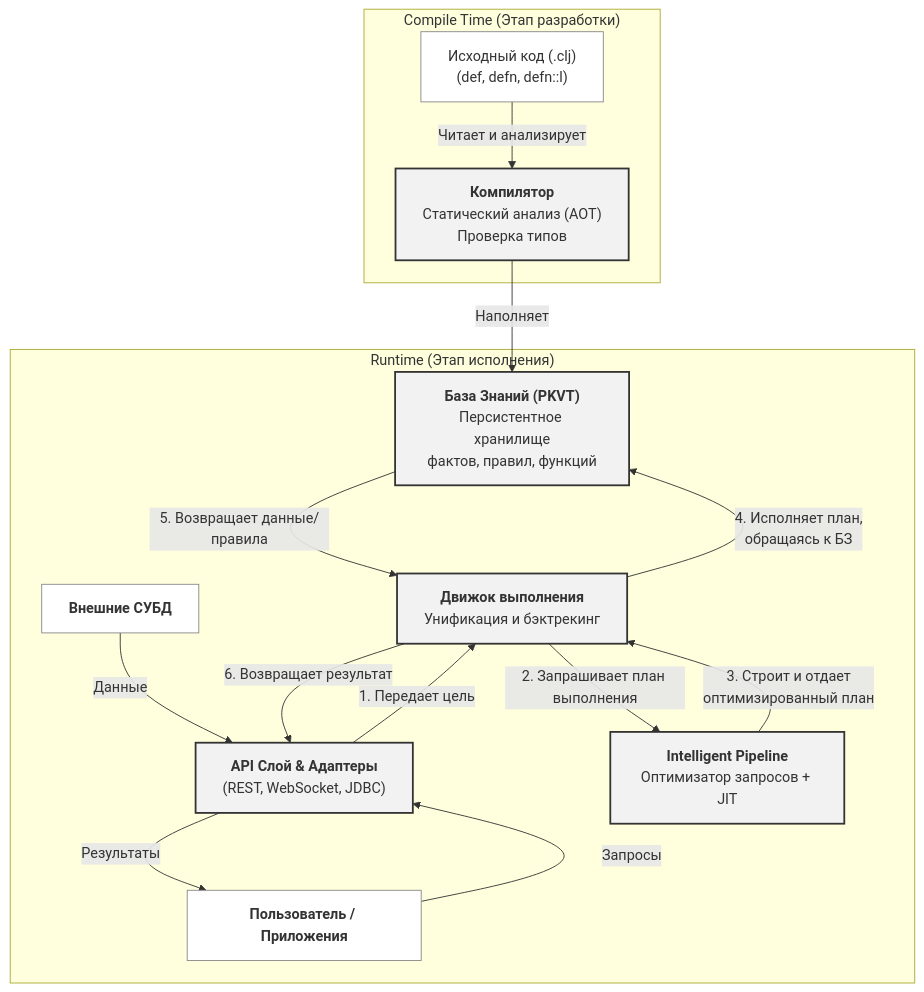
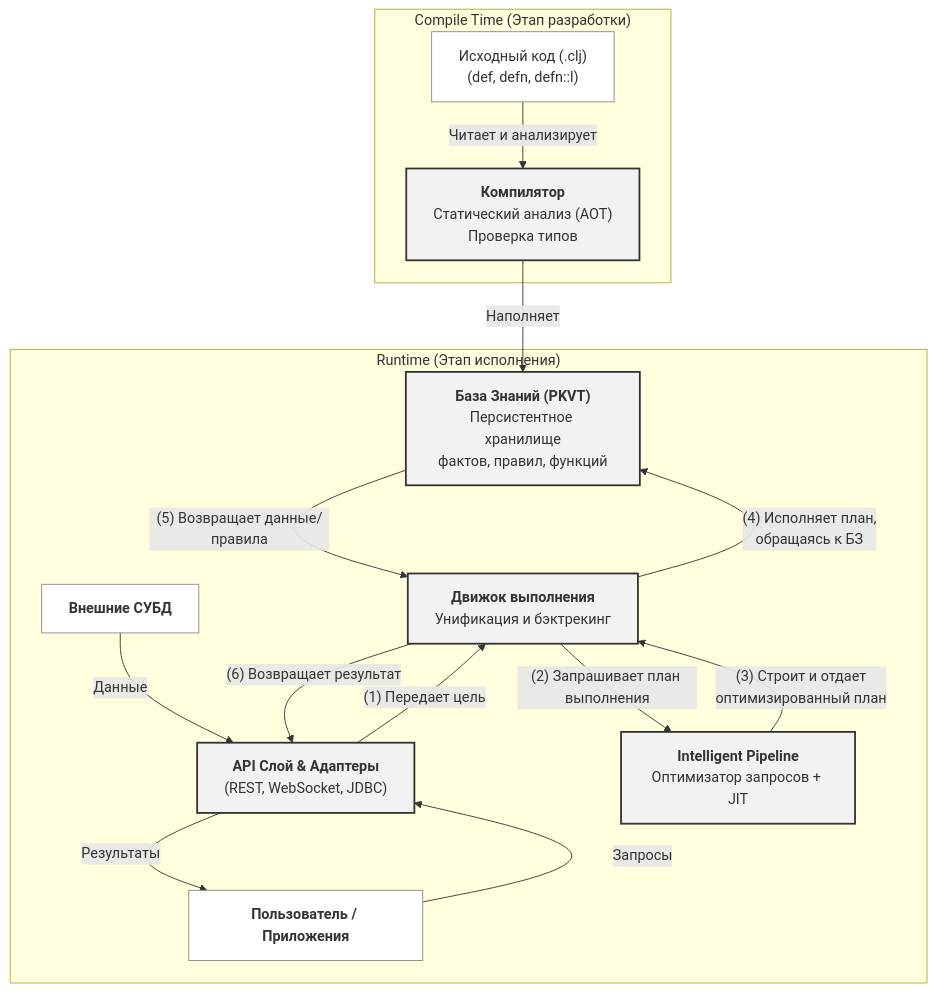
The diagram in docs/general/ru/architecture.md (LMikhail/Tipster), drawn with Mermaid before and after one commit. The commit also changed 1 other file, not shown here.

Commit message:
Fixed diagram in architecture.md file

````diff
--- a/docs/general/ru/architecture.md
+++ b/docs/general/ru/architecture.md
@@ -17,33 +17,33 @@
 ```mermaid
 graph TD;
     subgraph "Compile Time (Этап разработки)"
         A["Исходный код (.clj)<br/>(def, defn, defn::l)"] -- "Читает и анализирует" --> B["<b>Компилятор</b><br/>Статический анализ (AOT)<br/>Проверка типов"];
     end
 
     subgraph "Runtime (Этап исполнения)"
         C["<b>База Знаний (PKVT)</b><br/>Персистентное хранилище<br/>фактов, правил, функций"];
         D["<b>Движок выполнения</b><br/>Унификация и бэктрекинг"];
         E["<b>API Слой & Адаптеры</b><br/>(REST, WebSocket, JDBC)"];
         F["<b>Пользователь / Приложения</b>"];
         G["<b>Внешние СУБД</b>"];
         H["<b>Intelligent Pipeline</b><br/>Оптимизатор запросов + JIT"];
     end
 
     B -- "Наполняет" --> C;
 
     F -- "Запросы" --> E;
     G -- "Данные" --> E;
-    E -- "1. Передает цель" --> D;
-    D -- "2. Запрашивает план выполнения" --> H;
-    H -- "3. Строит и отдает<br/>оптимизированный план" --> D;
-    D -- "4. Исполняет план,<br/>обращаясь к БЗ" --> C;
-    C -- "5. Возвращает данные/правила" --> D;
-    D -- "6. Возвращает результат" --> E;
+    E -- "(1) Передает цель" --> D;
+    D -- "(2) Запрашивает план выполнения" --> H;
+    H -- "(3) Строит и отдает<br/>оптимизированный план" --> D;
+    D -- "(4) Исполняет план,<br/>обращаясь к БЗ" --> C;
+    C -- "(5) Возвращает данные/правила" --> D;
+    D -- "(6) Возвращает результат" --> E;
     E -- "Результаты" --> F;
 
     classDef component fill:#f2f2f2,stroke:#333,stroke-width:2px;
     classDef external fill:#fff,stroke:#888,stroke-width:1px;
     
     class B,C,D,E,H component;
     class A,F,G external;
 ```
````
